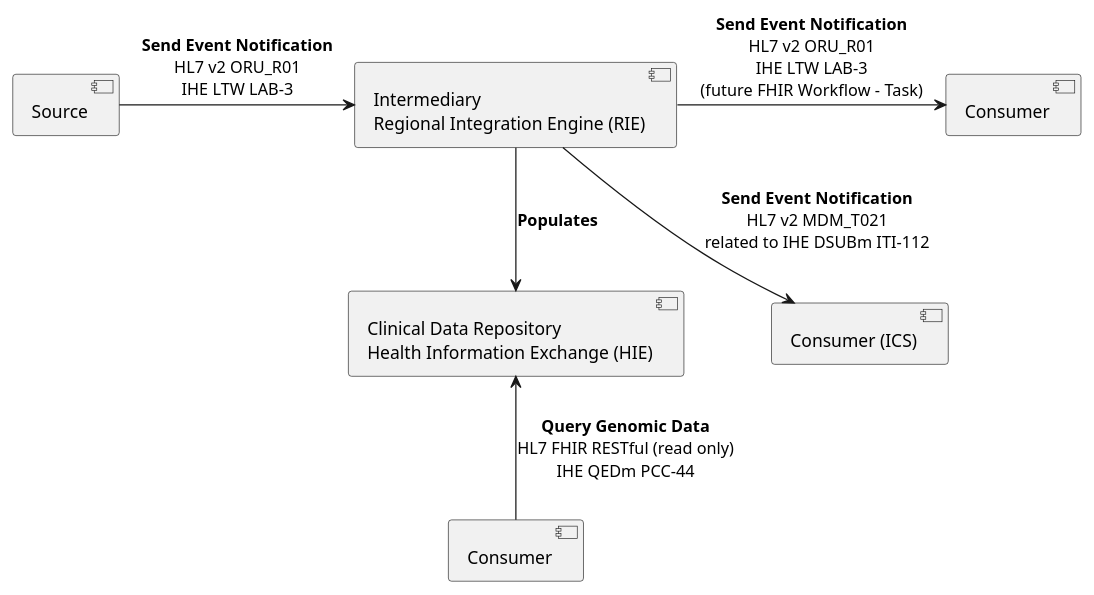
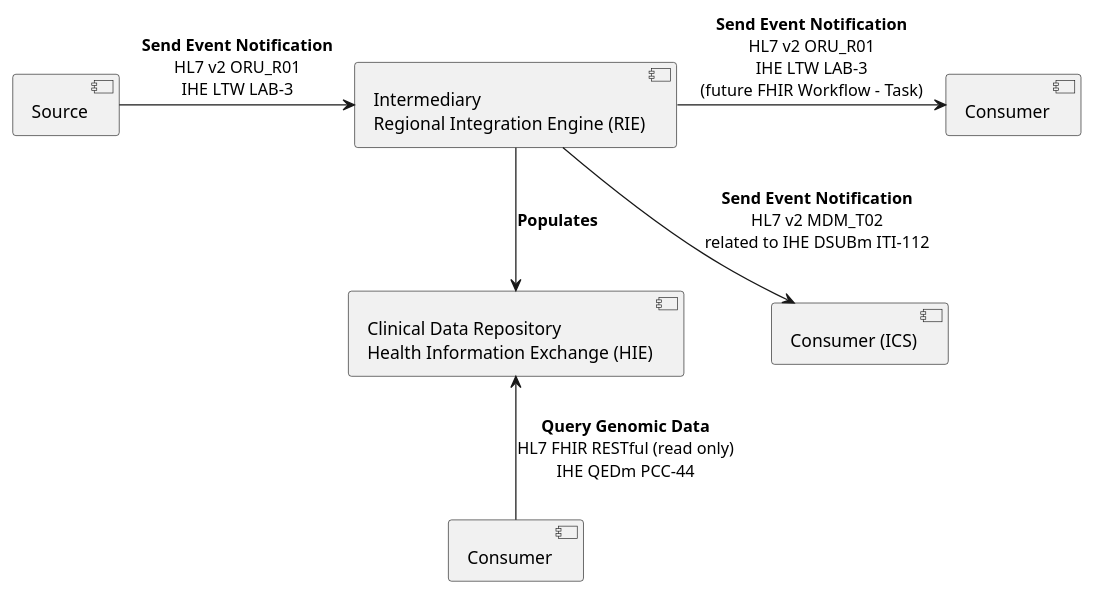
The diagram in input/images-source/architecture-laboratory-report.plantuml (uk-gov-mirror/nw-gmsa.nw-gmsa.github.com), drawn with PlantUML before and after one commit. The commit also changed 1 other file, not shown here.

```diff
--- a/input/images-source/architecture-laboratory-report.plantuml
+++ b/input/images-source/architecture-laboratory-report.plantuml
@@ -1,17 +1,17 @@
 @startuml
 
  component "Source" as LIMS
  component "Consumer" as EPR
  component "Consumer" as HIE
  component "Consumer (ICS)" as ICS
  component "Intermediary\nRegional Integration Engine (RIE)" as TIE
  component "Clinical Data Repository\nHealth Information Exchange (HIE)" as CDR
 
  EPR -d[hidden]- ICS
  LIMS -r-> TIE : **Send Event Notification**\nHL7 v2 ORU_R01\nIHE LTW LAB-3
  TIE -r-> EPR: **Send Event Notification**\nHL7 v2 ORU_R01\nIHE LTW LAB-3\n(future FHIR Workflow - Task)
- TIE -r-> ICS: **Send Event Notification**\nHL7 v2 MDM_T021\nrelated to IHE DSUBm ITI-112
+ TIE -r-> ICS: **Send Event Notification**\nHL7 v2 MDM_T02\nrelated to IHE DSUBm ITI-112
  TIE -d-> CDR: **Populates**
  HIE -u-> CDR: **Query Genomic Data**\nHL7 FHIR RESTful (read only)\nIHE QEDm PCC-44
 
 @enduml
```
